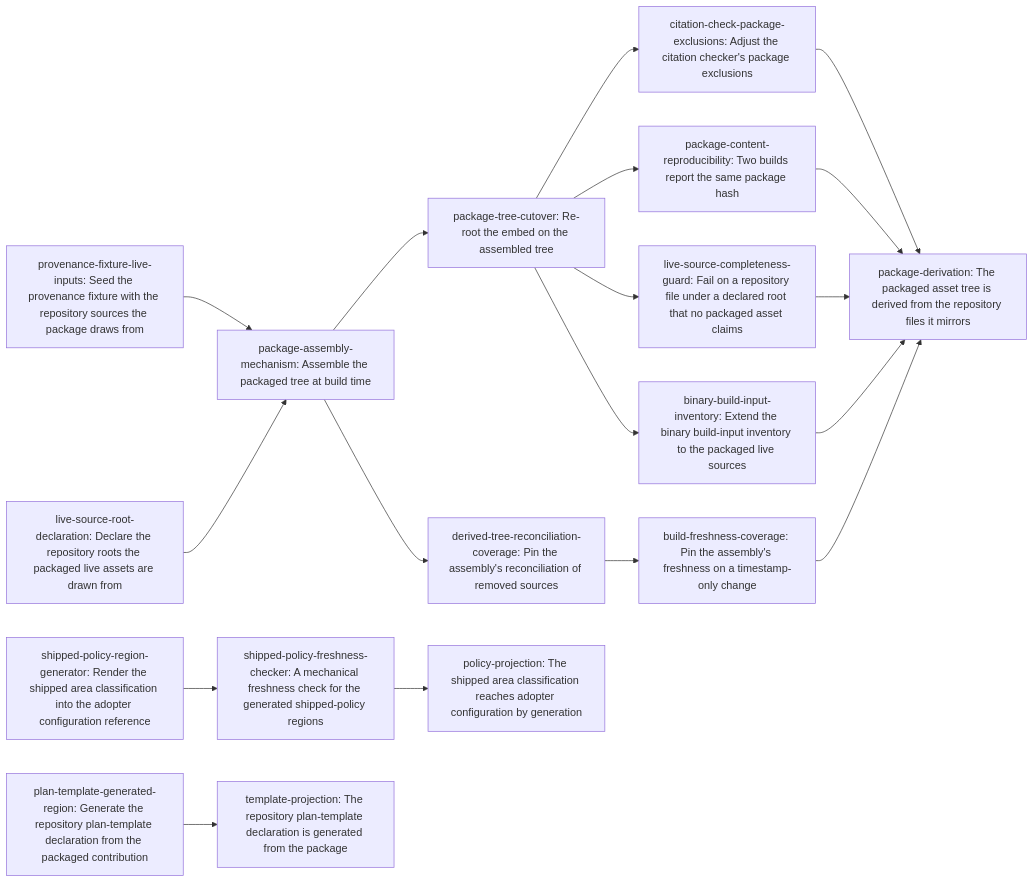
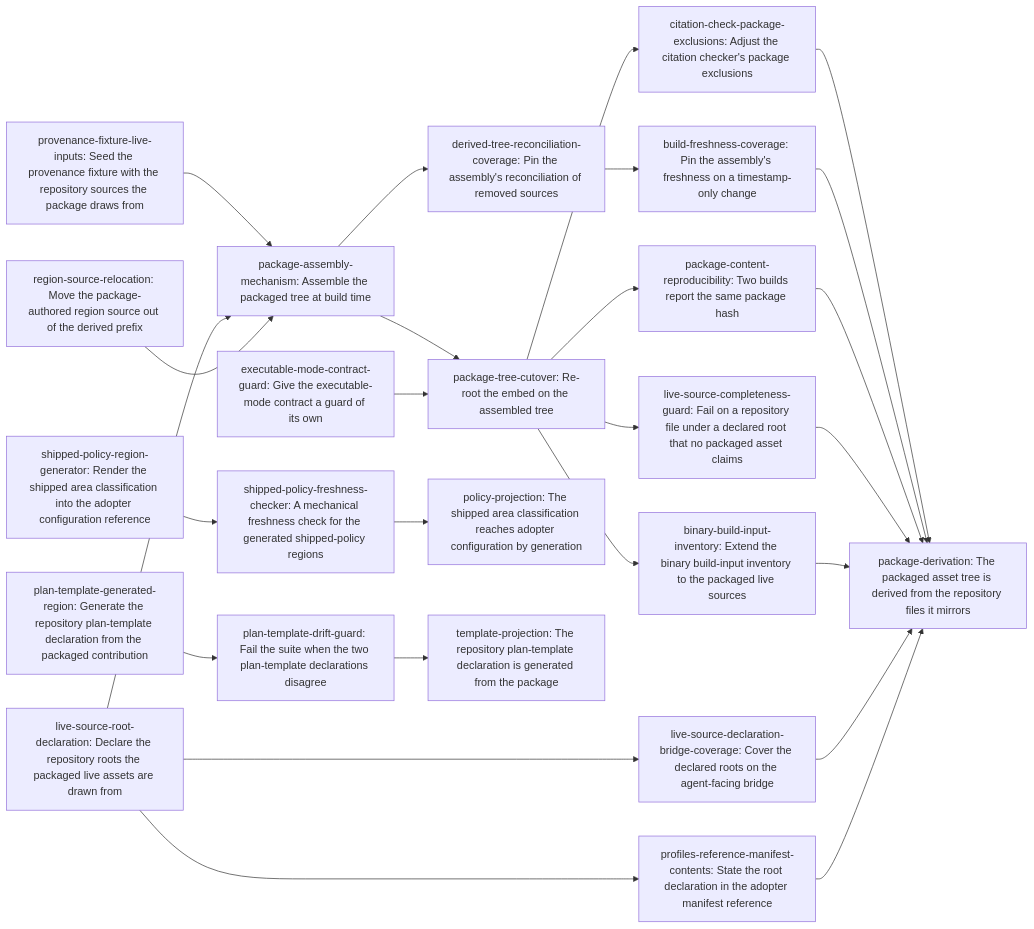
The diagram in dev/active/e204e63d-derived-package-sources/plan.md (erankavija/just-in-time), drawn with Mermaid before and after one commit. The commit also changed other lines of this file and 1 other file, not shown here.

````diff
--- a/dev/active/e204e63d-derived-package-sources/plan.md
+++ b/dev/active/e204e63d-derived-package-sources/plan.md
@@ -189,36 +194,48 @@
 ```mermaid
 flowchart LR
     N0["shipped-policy-region-generator: Render the shipped area classification into the adopter configuration reference"]
     N1["shipped-policy-freshness-checker: A mechanical freshness check for the generated shipped-policy regions"]
     N2["plan-template-generated-region: Generate the repository plan-template declaration from the packaged contribution"]
-    N3["provenance-fixture-live-inputs: Seed the provenance fixture with the repository sources the package draws from"]
-    N4["package-assembly-mechanism: Assemble the packaged tree at build time"]
-    N5["package-tree-cutover: Re-root the embed on the assembled tree"]
-    N6["citation-check-package-exclusions: Adjust the citation checker's package exclusions"]
-    N7["derived-tree-reconciliation-coverage: Pin the assembly's reconciliation of removed sources"]
-    N8["build-freshness-coverage: Pin the assembly's freshness on a timestamp-only change"]
-    N9["package-content-reproducibility: Two builds report the same package hash"]
-    N10["live-source-root-declaration: Declare the repository roots the packaged live assets are drawn from"]
-    N11["live-source-completeness-guard: Fail on a repository file under a declared root that no packaged asset claims"]
-    N12["binary-build-input-inventory: Extend the binary build-input inventory to the packaged live sources"]
-    N13["policy-projection: The shipped area classification reaches adopter configuration by generation"]
-    N14["template-projection: The repository plan-template declaration is generated from the package"]
-    N15["package-derivation: The packaged asset tree is derived from the repository files it mirrors"]
+    N3["plan-template-drift-guard: Fail the suite when the two plan-template declarations disagree"]
+    N4["provenance-fixture-live-inputs: Seed the provenance fixture with the repository sources the package draws from"]
+    N5["package-assembly-mechanism: Assemble the packaged tree at build time"]
+    N6["region-source-relocation: Move the package-authored region source out of the derived prefix"]
+    N7["executable-mode-contract-guard: Give the executable-mode contract a guard of its own"]
+    N8["package-tree-cutover: Re-root the embed on the assembled tree"]
+    N9["citation-check-package-exclusions: Adjust the citation checker's package exclusions"]
+    N10["derived-tree-reconciliation-coverage: Pin the assembly's reconciliation of removed sources"]
+    N11["build-freshness-coverage: Pin the assembly's freshness on a timestamp-only change"]
+    N12["package-content-reproducibility: Two builds report the same package hash"]
+    N13["live-source-root-declaration: Declare the repository roots the packaged live assets are drawn from"]
+    N14["live-source-declaration-bridge-coverage: Cover the declared roots on the agent-facing bridge"]
+    N15["profiles-reference-manifest-contents: State the root declaration in the adopter manifest reference"]
+    N16["live-source-completeness-guard: Fail on a repository file under a declared root that no packaged asset claims"]
+    N17["binary-build-input-inventory: Extend the binary build-input inventory to the packaged live sources"]
+    N18["policy-projection: The shipped area classification reaches adopter configuration by generation"]
+    N19["template-projection: The repository plan-template declaration is generated from the package"]
+    N20["package-derivation: The packaged asset tree is derived from the repository files it mirrors"]
     N0 --> N1
-    N3 --> N4
-    N10 --> N4
+    N2 --> N3
     N4 --> N5
-    N5 --> N6
-    N4 --> N7
+    N13 --> N5
+    N6 --> N5
+    N5 --> N8
     N7 --> N8
-    N5 --> N9
-    N5 --> N11
-    N5 --> N12
-    N1 --> N13
-    N2 --> N14
-    N6 --> N15
-    N8 --> N15
-    N9 --> N15
-    N11 --> N15
-    N12 --> N15
+    N8 --> N9
+    N5 --> N10
+    N10 --> N11
+    N8 --> N12
+    N13 --> N14
+    N13 --> N15
+    N8 --> N16
+    N8 --> N17
+    N1 --> N18
+    N3 --> N19
+    N9 --> N20
+    N11 --> N20
+    N12 --> N20
+    N16 --> N20
+    N17 --> N20
+    N14 --> N20
+    N15 --> N20
 ```
````
